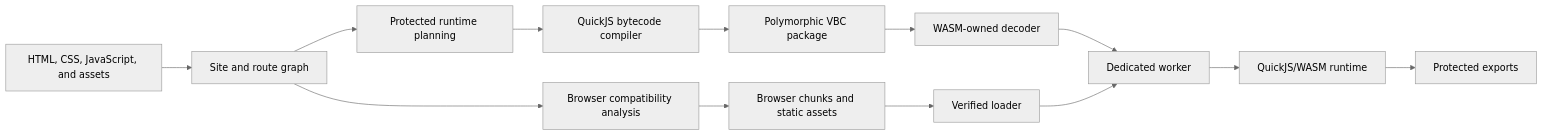
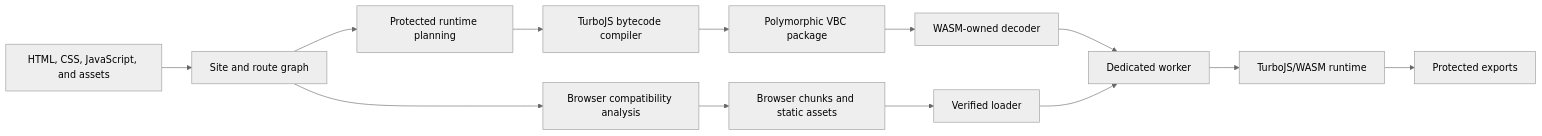
One commit to Ascension-Digital-Technologies/Venom changed the first of 2 diagrams in README.md. Above: the diagram before and after it, drawn with Mermaid (neutral theme). The commit also changed other lines of this file and 1105 other files, not shown here.

````diff
--- a/README.md
+++ b/README.md
@@ -183,15 +191,15 @@
 ```mermaid
 flowchart LR
     A[HTML, CSS, JavaScript, and assets] --> B[Site and route graph]
     B --> C[Browser compatibility analysis]
     B --> D[Protected runtime planning]
-    D --> E[QuickJS bytecode compiler]
+    D --> E[TurboJS bytecode compiler]
     E --> F[Polymorphic VBC package]
     C --> G[Browser chunks and static assets]
     F --> H[WASM-owned decoder]
     G --> I[Verified loader]
     H --> J[Dedicated worker]
     I --> J
-    J --> K[QuickJS/WASM runtime]
+    J --> K[TurboJS/WASM runtime]
     K --> L[Protected exports]
 ```
````
